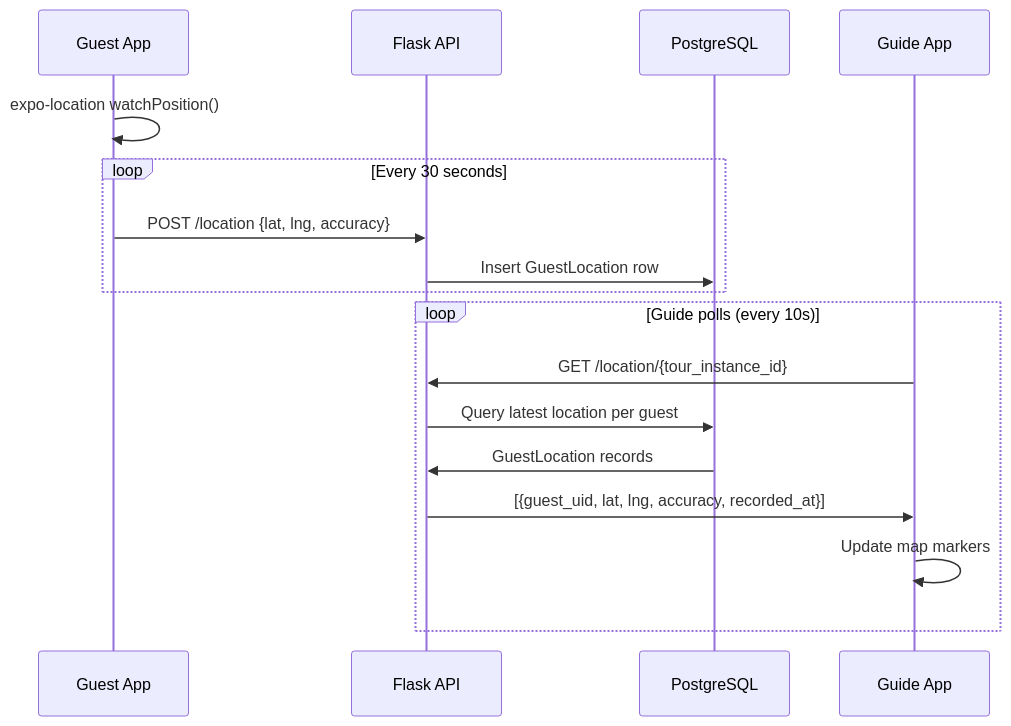
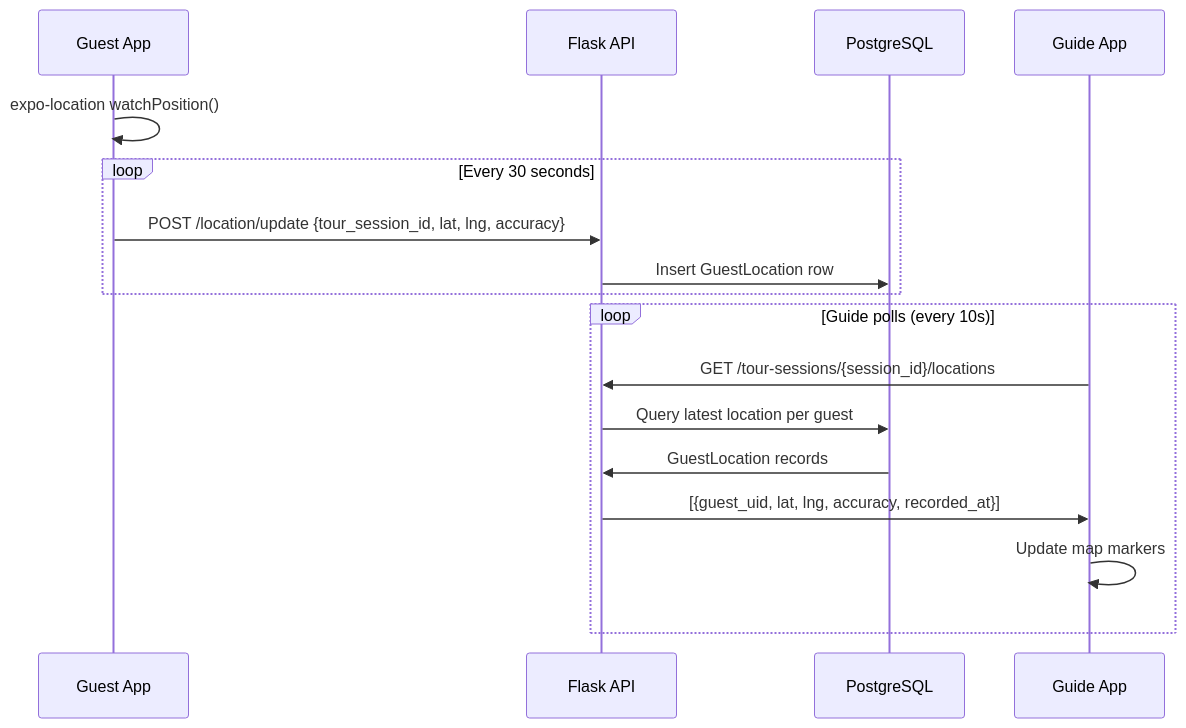
The sixth of 7 diagrams in 2_architecture.md (wariya-placehub/triptoe-docs), drawn with Mermaid before and after one commit. The commit also changed other lines of this file and 6 other files, not shown here.

First line of the commit message:
Update docs for session tabs, edit tour, and location sharing changes

````diff
--- a/2_architecture.md
+++ b/2_architecture.md
@@ -390,21 +440,21 @@
 ```mermaid
 sequenceDiagram
     participant Guest as Guest App
     participant API as Flask API
     participant DB as PostgreSQL
     participant Guide as Guide App
 
     Guest->>Guest: expo-location watchPosition()
     loop Every 30 seconds
-        Guest->>API: POST /location {lat, lng, accuracy}
+        Guest->>API: POST /location/update {tour_session_id, lat, lng, accuracy}
         API->>DB: Insert GuestLocation row
     end
 
     loop Guide polls (every 10s)
-        Guide->>API: GET /location/{tour_instance_id}
+        Guide->>API: GET /tour-sessions/{session_id}/locations
         API->>DB: Query latest location per guest
         DB->>API: GuestLocation records
         API->>Guide: [{guest_uid, lat, lng, accuracy, recorded_at}]
         Guide->>Guide: Update map markers
     end
 ```
````
